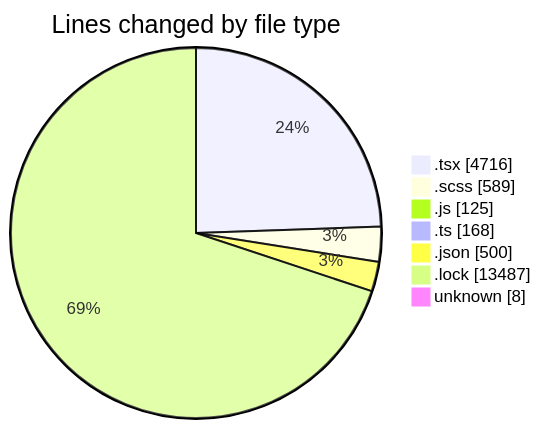
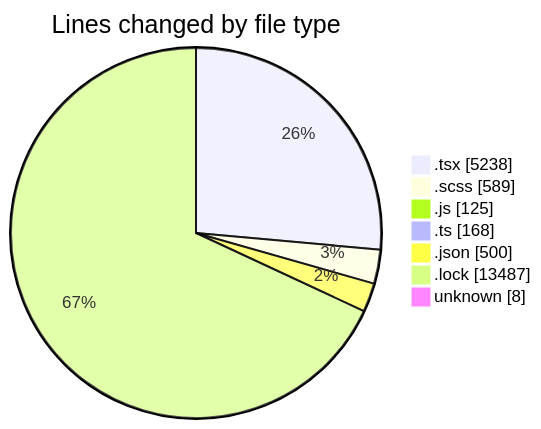
The first of 2 diagrams in 2026-04-24/cda/README.md (momahboobian/code-tracking), drawn with Mermaid before and after one commit. The commit also changed other lines of this file and 1 other file, not shown here.

````diff
--- a/2026-04-24/cda/README.md
+++ b/2026-04-24/cda/README.md
@@ -49,11 +49,11 @@
 ```mermaid
 pie showData
 title Lines changed by file type
-".tsx" : 4716
+".tsx" : 5238
 ".scss" : 589
 ".js" : 125
 ".ts" : 168
 ".json" : 500
 ".lock" : 13487
 "unknown" : 8
 ```
````
